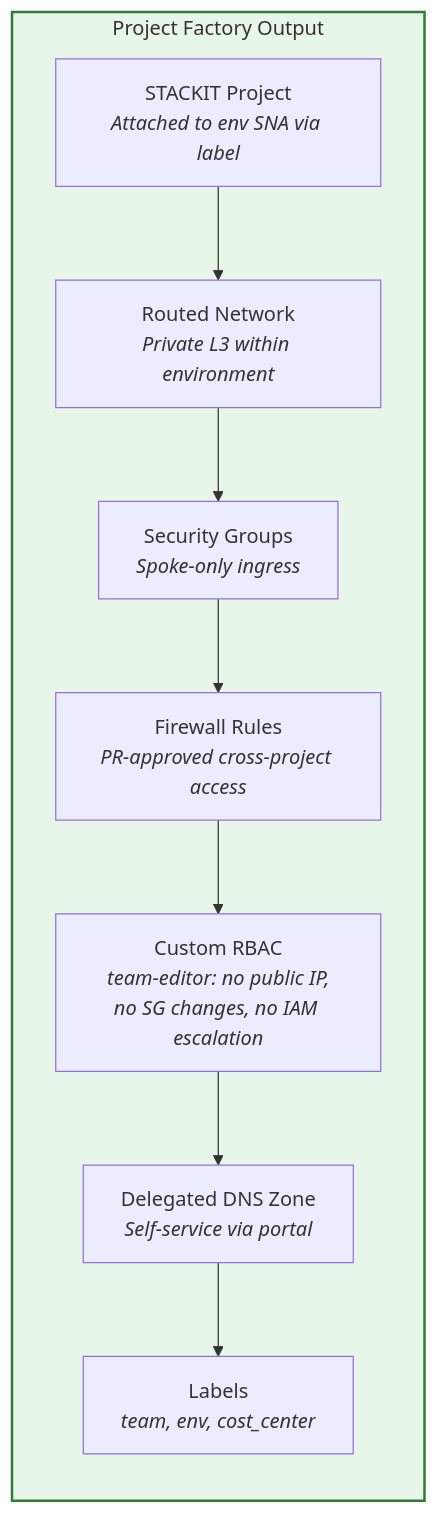
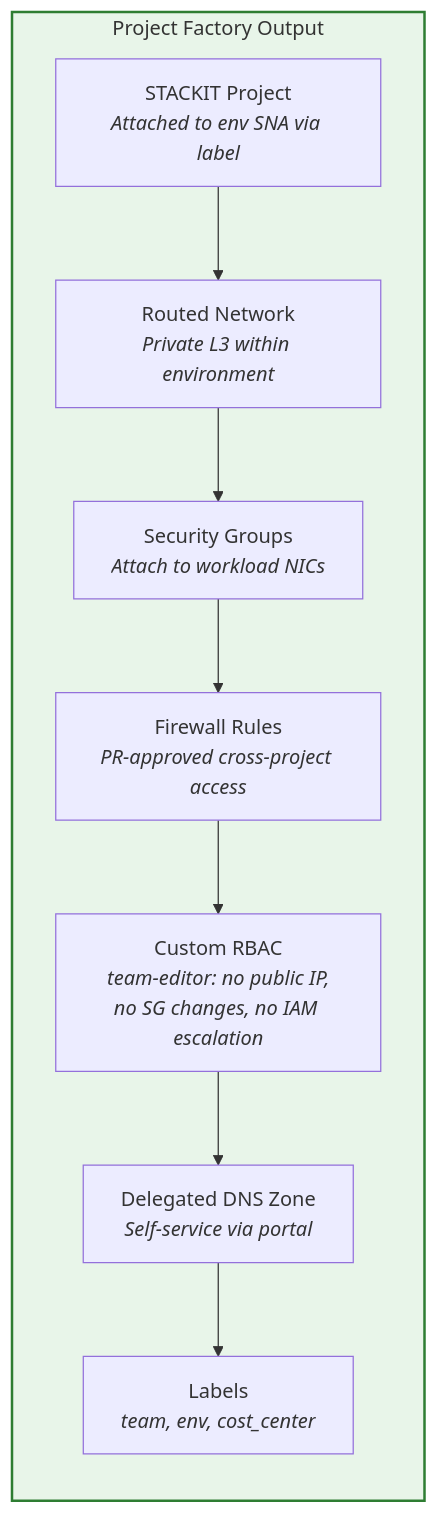
One commit to Liquid-Reply/stackit-landingzone changed the second of 12 diagrams in docs/architecture.md. Above: the diagram before and after it, drawn with Mermaid. The commit also changed other lines of this file and 35 other files, not shown here.

````diff
--- a/docs/architecture.md
+++ b/docs/architecture.md
@@ -79,17 +79,17 @@
 ```mermaid
 graph LR
     subgraph factory["Project Factory Output"]
         direction TB
         proj["STACKIT Project<br/><i>Attached to env SNA via label</i>"]
         net["Routed Network<br/><i>Private L3 within environment</i>"]
-        sg["Security Groups<br/><i>Spoke-only ingress</i>"]
+        sg["Security Groups<br/><i>Attach to workload NICs</i>"]
         fw["Firewall Rules<br/><i>PR-approved cross-project access</i>"]
         role["Custom RBAC<br/><i>team-editor: no public IP,<br/>no SG changes, no IAM escalation</i>"]
         dns_zone["Delegated DNS Zone<br/><i>Self-service via portal</i>"]
         labels["Labels<br/><i>team, env, cost_center</i>"]
     end
 
     proj --> net --> sg --> fw --> role --> dns_zone --> labels
 
     style factory fill:#e8f5e9,stroke:#2e7d32,stroke-width:2px
 ```
````
